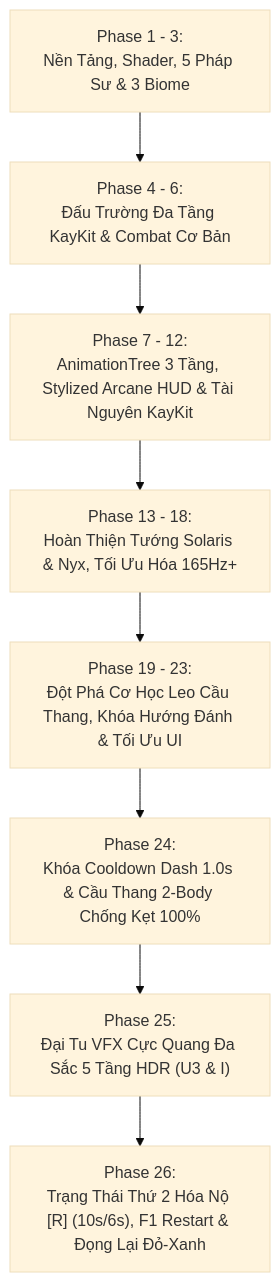
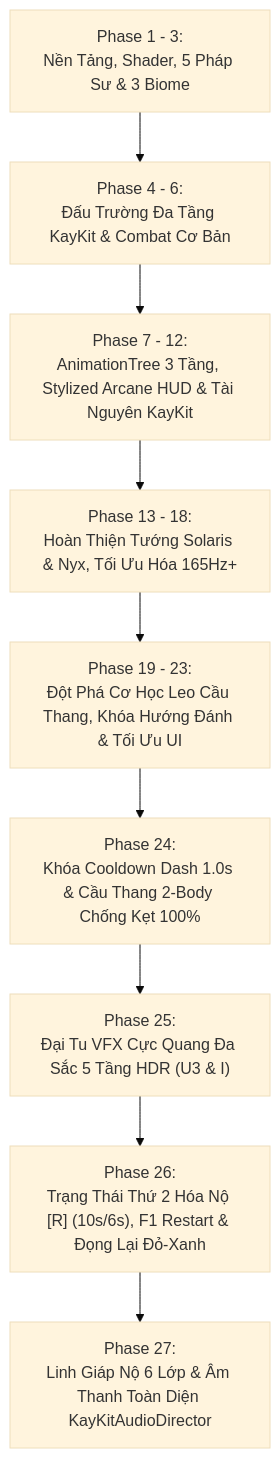
Before and after one commit to NhutPham19/GameWizad: the diagram in docs/BAO_CAO_TIEN_DO_DU_AN_GAMEWIZAD.md, drawn with Mermaid (base theme). The commit also changed other lines of this file and 12 other files, not shown here.

Commit message:
feat(phase27): implement 6-layer ultimate rage aura and full kaykit audio director system

````diff
--- a/docs/BAO_CAO_TIEN_DO_DU_AN_GAMEWIZAD.md
+++ b/docs/BAO_CAO_TIEN_DO_DU_AN_GAMEWIZAD.md
@@ -46,10 +48,11 @@
 ```mermaid
 flowchart TD
     A["Phase 1 - 3:<br/>Nền Tảng, Shader, 5 Pháp Sư & 3 Biome"] --> B["Phase 4 - 6:<br/>Đấu Trường Đa Tầng KayKit & Combat Cơ Bản"]
     B --> C["Phase 7 - 12:<br/>AnimationTree 3 Tầng, Stylized Arcane HUD & Tài Nguyên KayKit"]
     C --> D["Phase 13 - 18:<br/>Hoàn Thiện Tướng Solaris & Nyx, Tối Ưu Hóa 165Hz+"]
     D --> E["Phase 19 - 23:<br/>Đột Phá Cơ Học Leo Cầu Thang, Khóa Hướng Đánh & Tối Ưu UI"]
     E --> F["Phase 24:<br/>Khóa Cooldown Dash 1.0s & Cầu Thang 2-Body Chống Kẹt 100%"]
     F --> G["Phase 25:<br/>Đại Tu VFX Cực Quang Đa Sắc 5 Tầng HDR (U3 & I)"]
     G --> H["Phase 26:<br/>Trạng Thái Thứ 2 Hóa Nộ [R] (10s/6s), F1 Restart & Đọng Lại Đỏ-Xanh"]
+    H --> I["Phase 27:<br/>Linh Giáp Nộ 6 Lớp & Âm Thanh Toàn Diện KayKitAudioDirector"]
 ```
````
